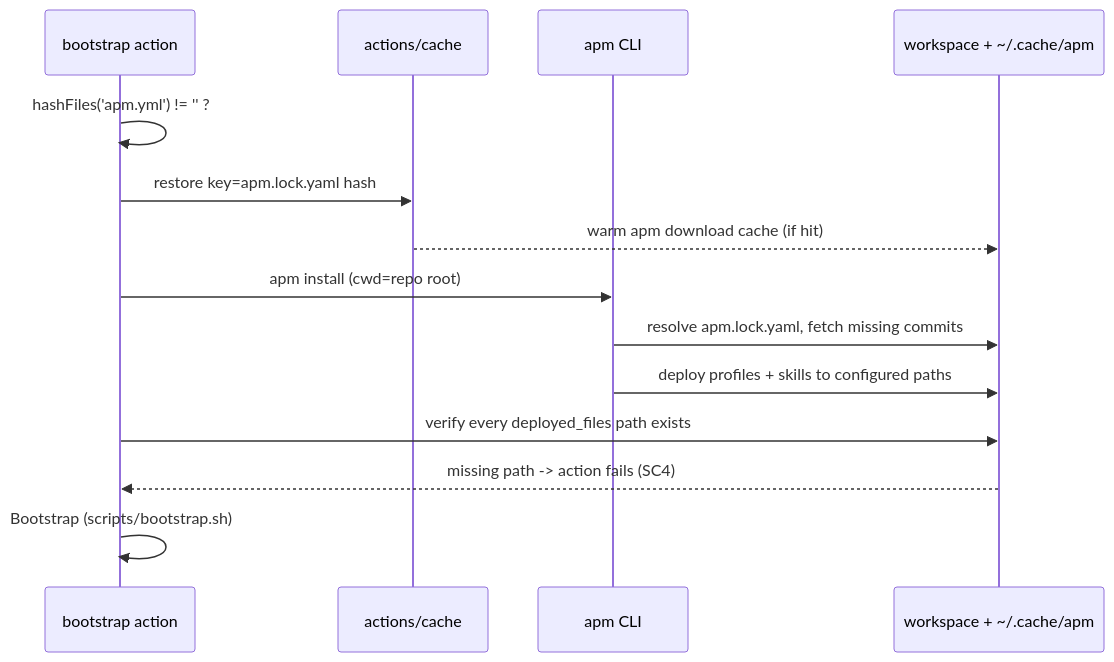
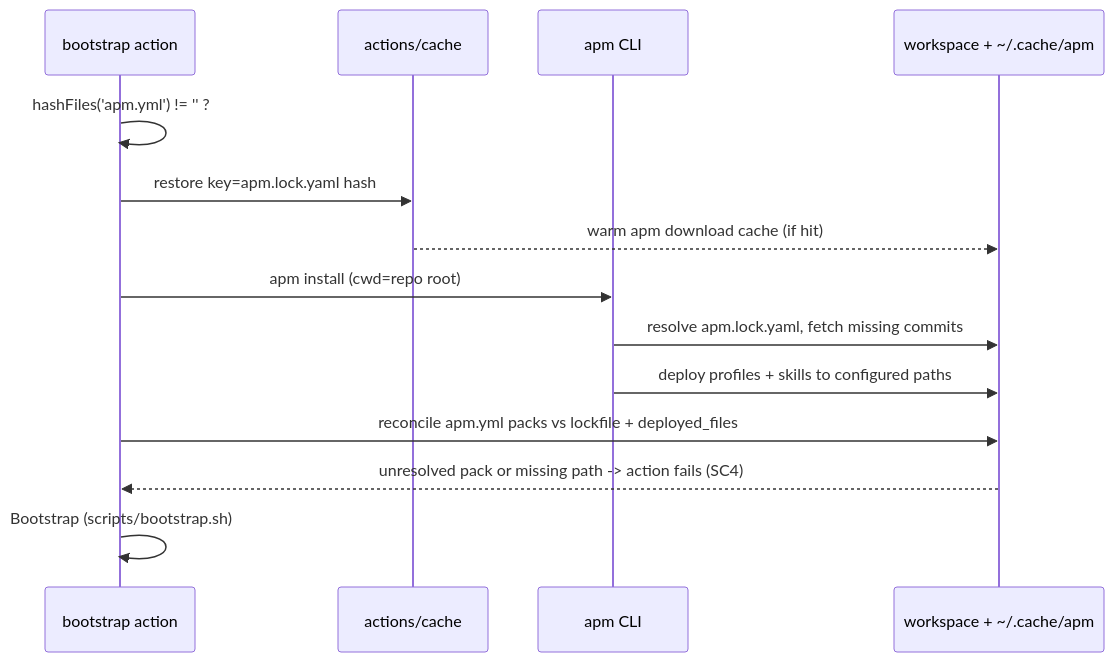
The second of 2 diagrams in specs/2160-bootstrap-apm-install/design-a.md (forwardimpact/monorepo), drawn with Mermaid before and after one commit. The commit also changed other lines of this file, not shown here.

Commit message:
design(2160): anchor SC4 verify on declared packs; fix step count, SC5 save note

````diff
--- a/specs/2160-bootstrap-apm-install/design-a.md
+++ b/specs/2160-bootstrap-apm-install/design-a.md
@@ -93,16 +95,16 @@
 ```mermaid
 sequenceDiagram
   participant Action as bootstrap action
   participant Cache as actions/cache
   participant Apm as apm CLI
   participant FS as workspace + ~/.cache/apm
   Action->>Action: hashFiles('apm.yml') != '' ?
   Action->>Cache: restore key=apm.lock.yaml hash
   Cache-->>FS: warm apm download cache (if hit)
   Action->>Apm: apm install (cwd=repo root)
   Apm->>FS: resolve apm.lock.yaml, fetch missing commits
   Apm->>FS: deploy profiles + skills to configured paths
-  Action->>FS: verify every deployed_files path exists
-  FS-->>Action: missing path -> action fails (SC4)
+  Action->>FS: reconcile apm.yml packs vs lockfile + deployed_files
+  FS-->>Action: unresolved pack or missing path -> action fails (SC4)
   Action->>Action: Bootstrap (scripts/bootstrap.sh)
 ```
````
